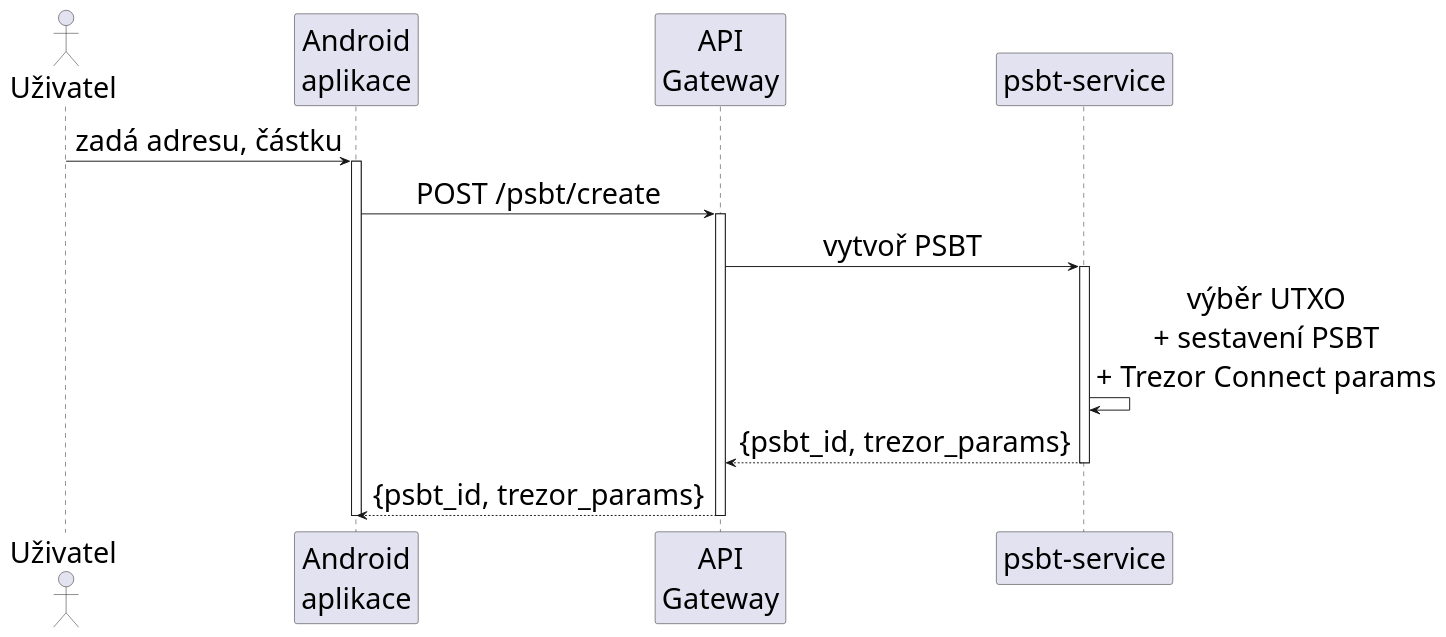
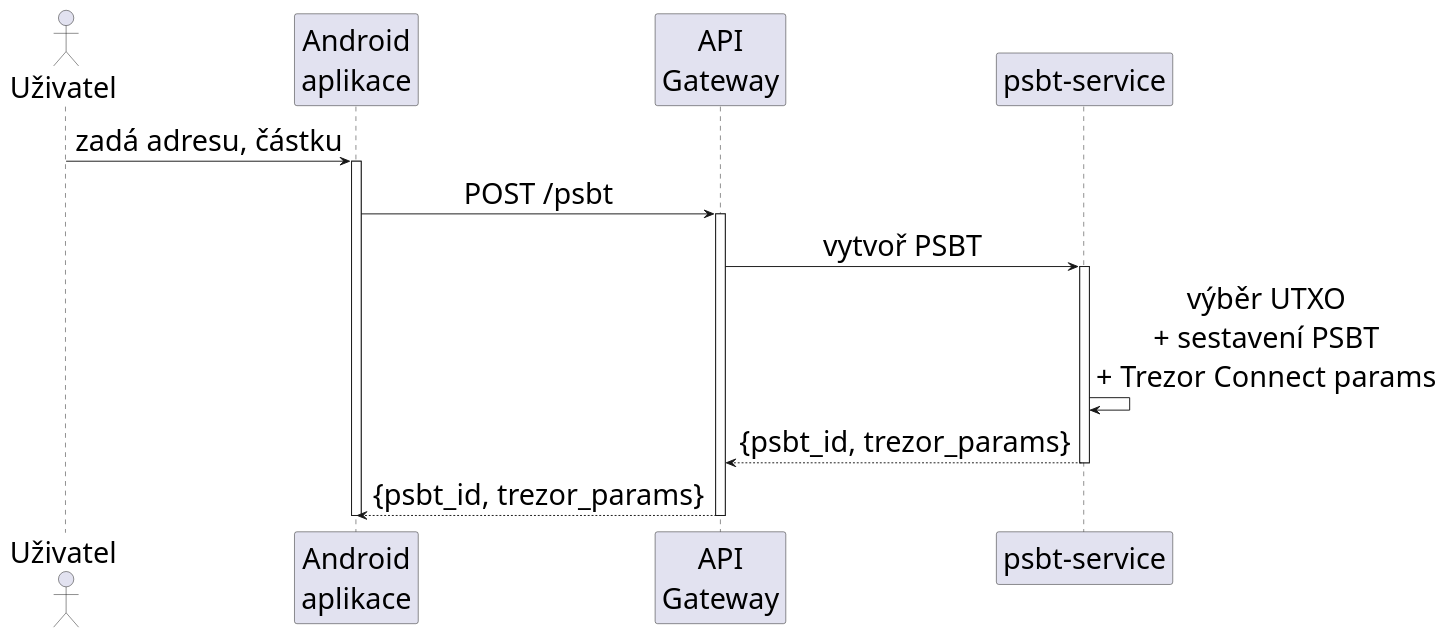
The diagram in DOCS/thesis/img/trezor-signing-1.puml (Majny/bitcoin-multisig-wallet), drawn with PlantUML before and after one commit. The commit also changed 19 other files, not shown here.

Commit message:
[docs] refresh thesis diagram

```diff
--- a/DOCS/thesis/img/trezor-signing-1.puml
+++ b/DOCS/thesis/img/trezor-signing-1.puml
@@ -1,29 +1,29 @@
 @startuml
 skinparam backgroundColor white
 skinparam shadowing false
 skinparam defaultFontSize 30
 skinparam ParticipantPadding 10
 skinparam BoxPadding 8
 skinparam sequenceMessageAlign center
 
 actor "Uživatel" as user
 participant "Android\naplikace" as app
 participant "API\nGateway" as gw
 participant "psbt-service" as psbt
 
 user -> app : zadá adresu, částku
 activate app
 
-app -> gw : POST /psbt/create
+app -> gw : POST /psbt
 activate gw
 gw -> psbt : vytvoř PSBT
 activate psbt
 psbt -> psbt : výběr UTXO\n+ sestavení PSBT\n+ Trezor Connect params
 psbt --> gw : {psbt_id, trezor_params}
 deactivate psbt
 gw --> app : {psbt_id, trezor_params}
 deactivate gw
 
 deactivate app
 
 @enduml
```
